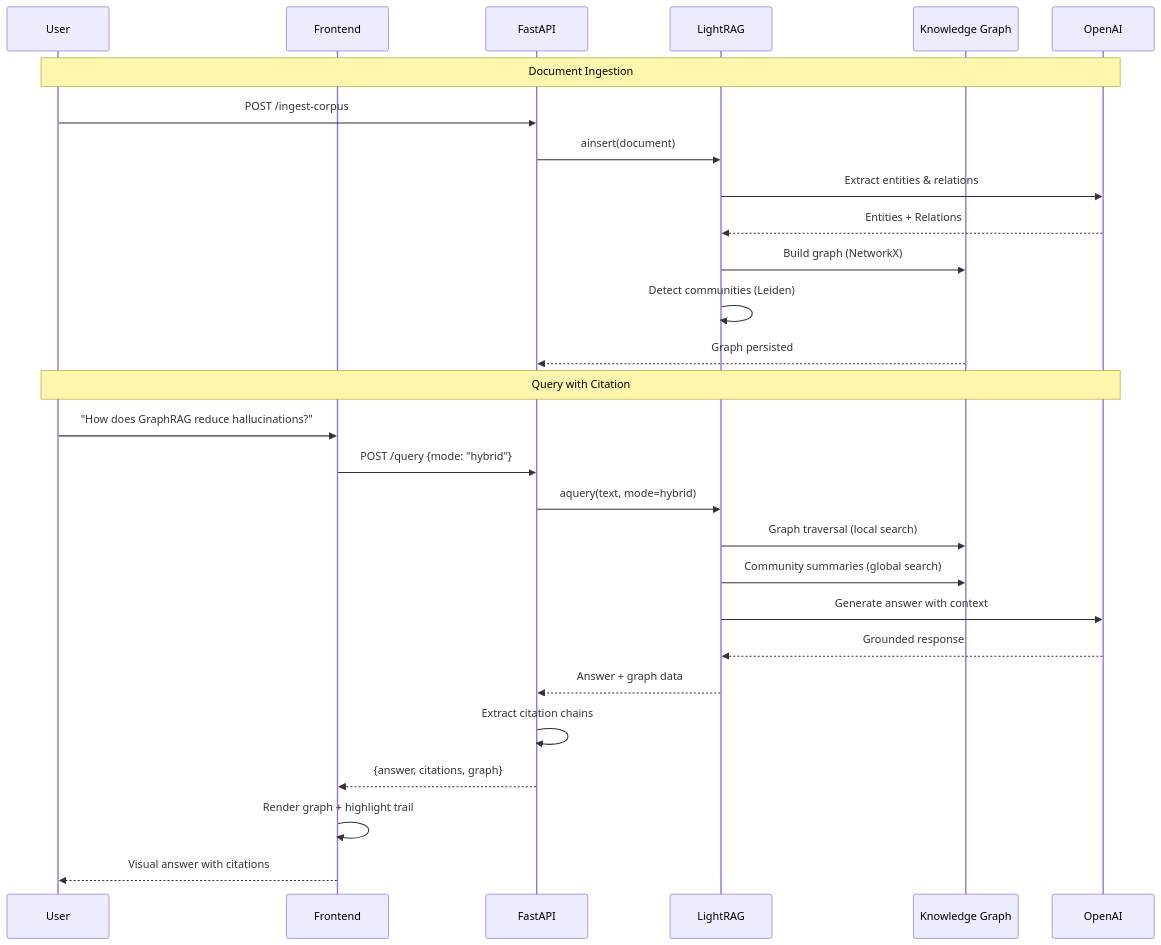
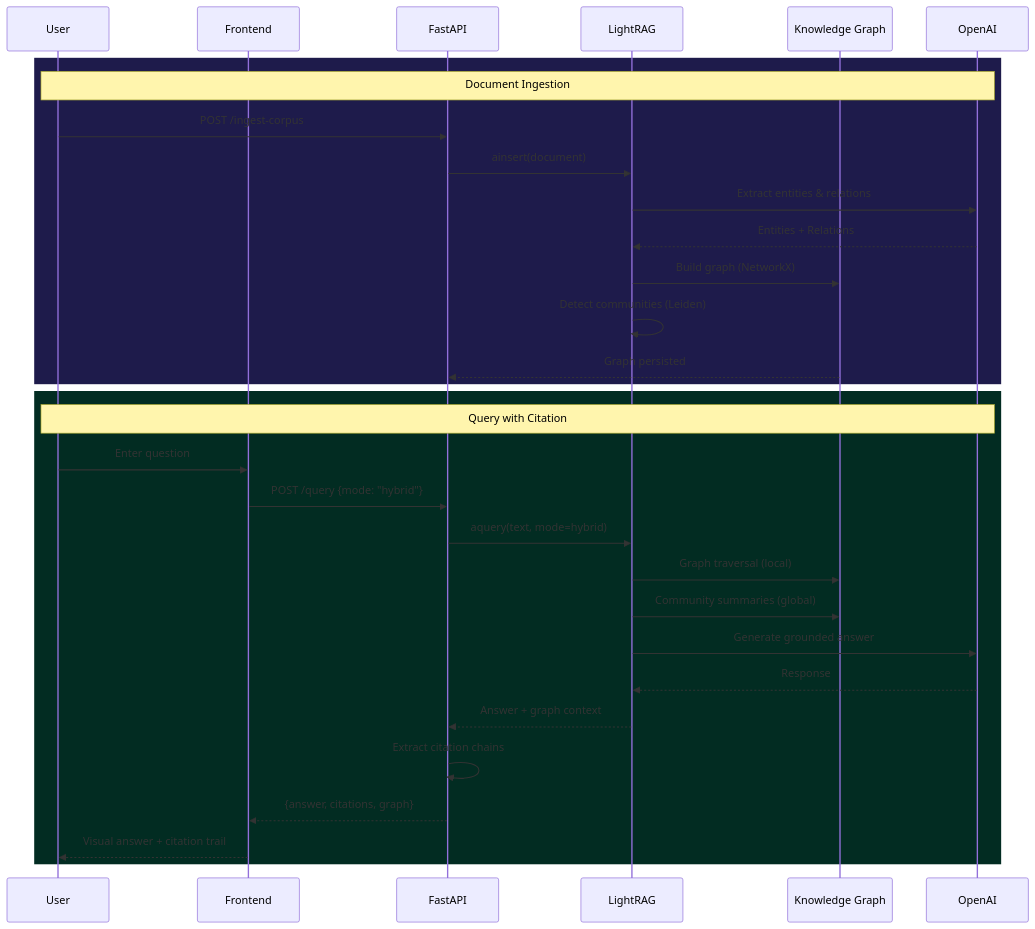
One commit to soneeee22000/tracegraph changed the second of 3 diagrams in README.md. Above: the diagram before and after it, drawn with Mermaid. The commit also changed other lines of this file and 2 other files, not shown here.

First line of the commit message:
docs: premium README with About section, badges, screenshots, and diagrams

````diff
--- a/README.md
+++ b/README.md
@@ -133,32 +196,35 @@
 ```mermaid
 sequenceDiagram
     participant U as User
     participant FE as Frontend
     participant API as FastAPI
     participant LR as LightRAG
     participant KG as Knowledge Graph
     participant LLM as OpenAI
 
+    rect rgb(30, 27, 75)
     Note over U,LLM: Document Ingestion
     U->>API: POST /ingest-corpus
     API->>LR: ainsert(document)
     LR->>LLM: Extract entities & relations
     LLM-->>LR: Entities + Relations
     LR->>KG: Build graph (NetworkX)
     LR->>LR: Detect communities (Leiden)
     KG-->>API: Graph persisted
+    end
 
+    rect rgb(2, 44, 34)
     Note over U,LLM: Query with Citation
-    U->>FE: "How does GraphRAG reduce hallucinations?"
+    U->>FE: Enter question
     FE->>API: POST /query {mode: "hybrid"}
     API->>LR: aquery(text, mode=hybrid)
-    LR->>KG: Graph traversal (local search)
-    LR->>KG: Community summaries (global search)
-    LR->>LLM: Generate answer with context
-    LLM-->>LR: Grounded response
-    LR-->>API: Answer + graph data
+    LR->>KG: Graph traversal (local)
+    LR->>KG: Community summaries (global)
+    LR->>LLM: Generate grounded answer
+    LLM-->>LR: Response
+    LR-->>API: Answer + graph context
     API->>API: Extract citation chains
     API-->>FE: {answer, citations, graph}
-    FE->>FE: Render graph + highlight trail
-    FE-->>U: Visual answer with citations
+    FE-->>U: Visual answer + citation trail
+    end
 ```
````
